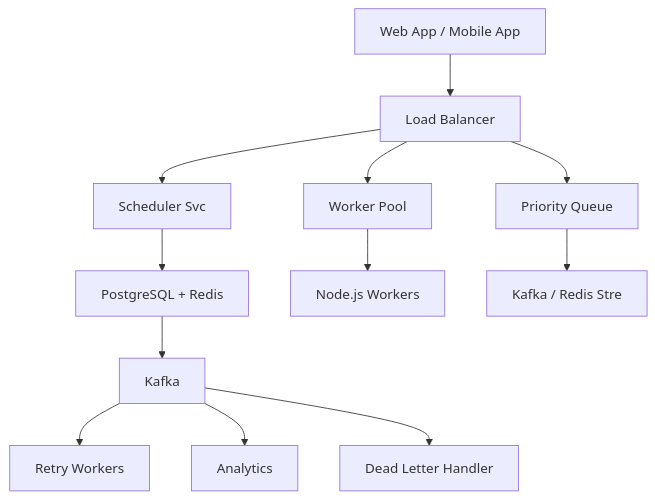
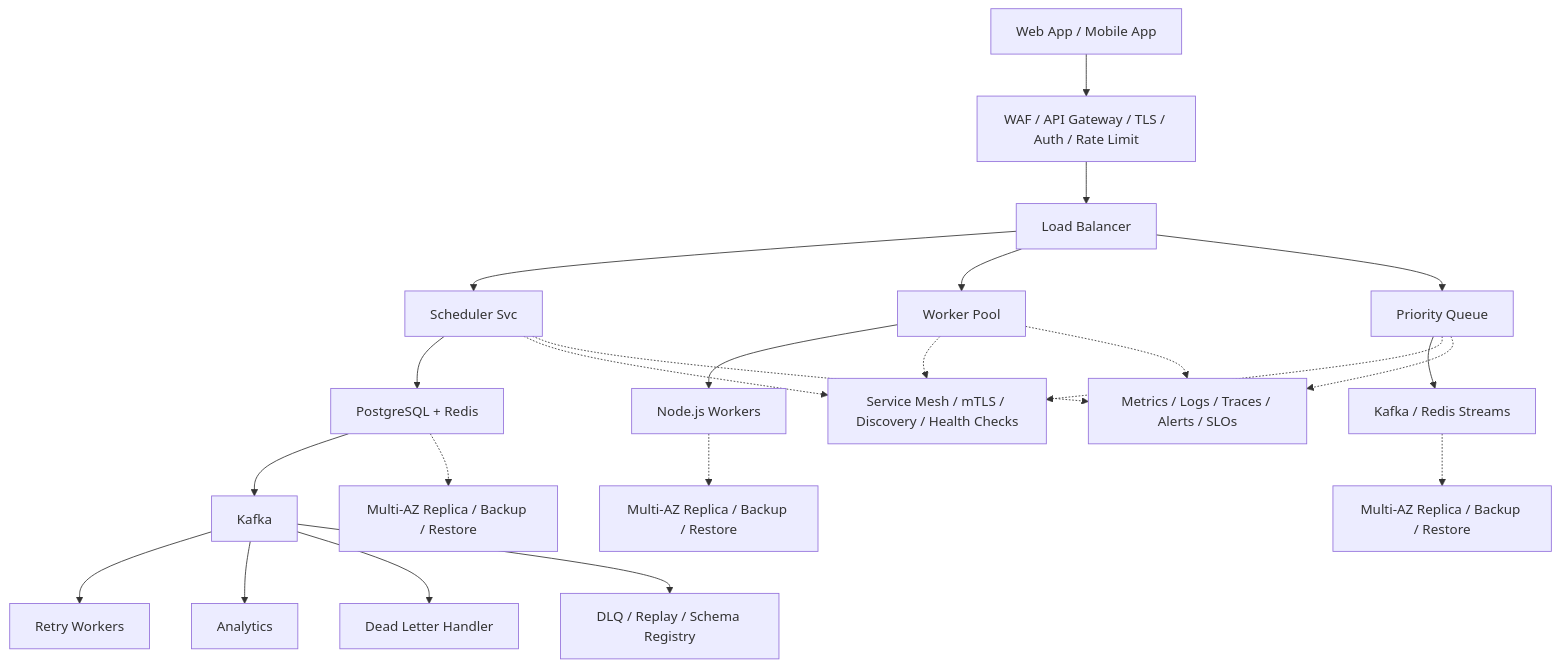
Before and after one commit to aishwary11/system-design: the diagram in system-design-delayed-job-scheduler.md, drawn with Mermaid. The commit also changed 31 other files, not shown here.

Commit message:
Add production-grade architecture details

````diff
--- a/system-design-delayed-job-scheduler.md
+++ b/system-design-delayed-job-scheduler.md
@@ -45,14 +45,25 @@
 ```mermaid
 flowchart TB
-    clients["Web App / Mobile App"] --> lb["Load Balancer"]
+    clients["Web App / Mobile App"] --> edge["WAF / API Gateway / TLS / Auth / Rate Limit"]
+    edge --> lb["Load Balancer"]
     lb --> svc0["Scheduler Svc"]
     lb --> svc1["Worker Pool"]
     lb --> svc2["Priority Queue"]
     svc0 --> store0["PostgreSQL + Redis"]
     svc1 --> store1["Node.js Workers"]
-    svc2 --> store2["Kafka / Redis Stre"]
+    svc2 --> store2["Kafka / Redis Streams"]
     store0 --> stream["Kafka"]
     stream --> worker0["Retry Workers"]
     stream --> worker1["Analytics"]
     stream --> worker2["Dead Letter Handler"]
+    svc0 -.-> platform["Service Mesh / mTLS / Discovery / Health Checks"]
+    svc1 -.-> platform
+    svc2 -.-> platform
+    store0 -.-> backup0["Multi-AZ Replica / Backup / Restore"]
+    store1 -.-> backup1["Multi-AZ Replica / Backup / Restore"]
+    store2 -.-> backup2["Multi-AZ Replica / Backup / Restore"]
+    stream --> dlq["DLQ / Replay / Schema Registry"]
+    svc0 -.-> ops["Metrics / Logs / Traces / Alerts / SLOs"]
+    svc1 -.-> ops
+    svc2 -.-> ops
 ```
````
